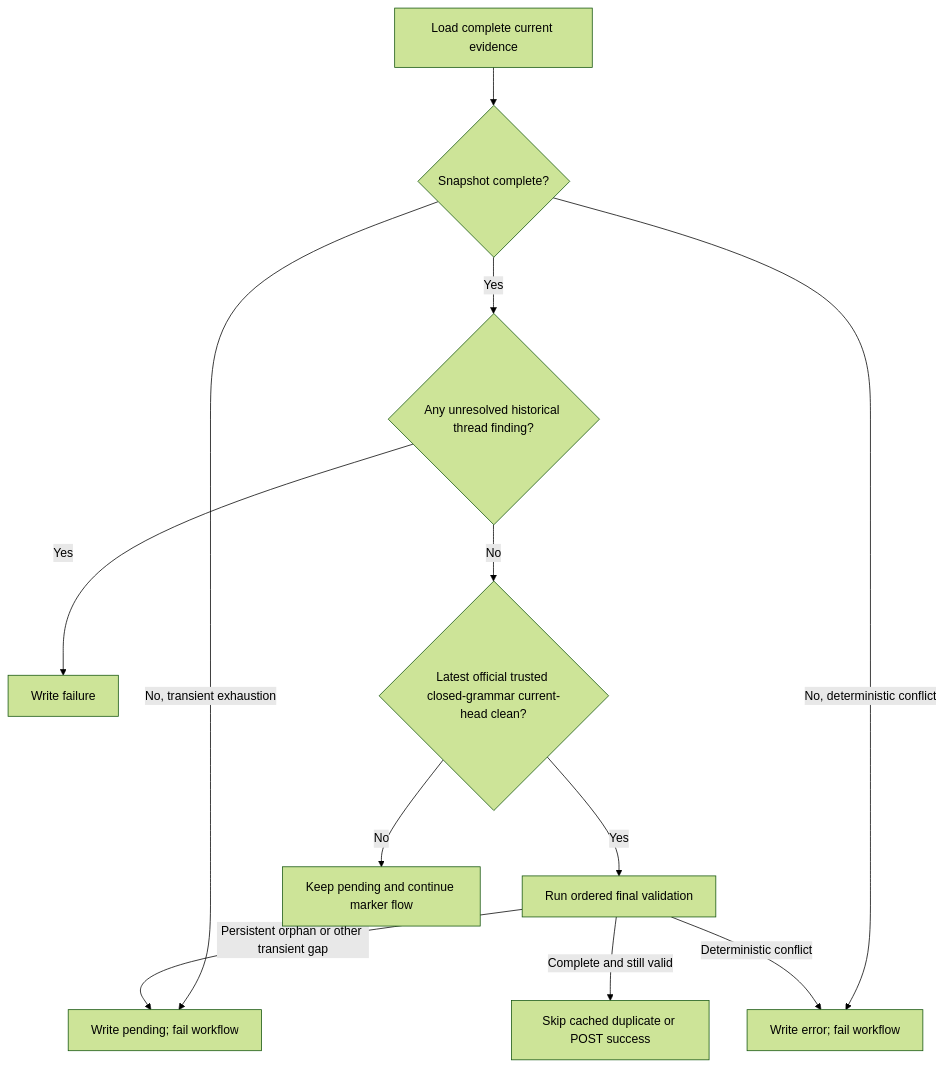
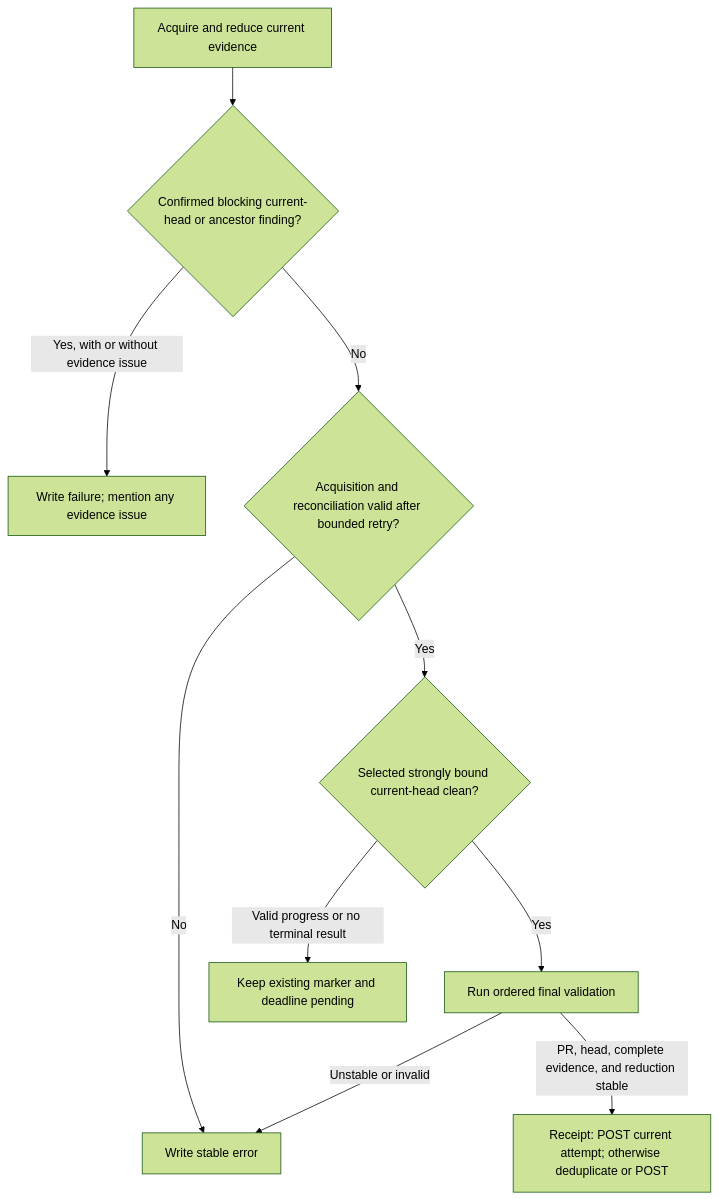
One commit to Joey-Tools/codex-review-gate changed the second of 3 diagrams in packages/action/DESIGN.md. Above: the diagram before and after it, drawn with Mermaid (forest theme). The commit also changed other lines of this file and 26 other files, not shown here.

````diff
--- a/packages/action/DESIGN.md
+++ b/packages/action/DESIGN.md
@@ -375,14 +567,12 @@
 ```mermaid
 flowchart TD
-  load["Load complete current evidence"] --> complete{"Snapshot complete?"}
-  complete -->|No, transient exhaustion| pendingError["Write pending; fail workflow"]
-  complete -->|No, deterministic conflict| hardError["Write error; fail workflow"]
-  complete -->|Yes| threads{"Any unresolved historical thread finding?"}
-  threads -->|Yes| failed["Write failure"]
-  threads -->|No| clean{"Latest official trusted closed-grammar current-head clean?"}
+  load["Acquire and reduce current evidence"] --> findings{"Confirmed blocking current-head or ancestor finding?"}
+  findings -->|Yes, with or without evidence issue| failed["Write failure; mention any evidence issue"]
+  findings -->|No| evidence{"Acquisition and reconciliation valid after bounded retry?"}
+  evidence -->|No| hardError["Write stable error"]
+  evidence -->|Yes| clean{"Selected strongly bound current-head clean?"}
   clean -->|Yes| final["Run ordered final validation"]
-  final -->|Complete and still valid| passed["Skip cached duplicate or POST success"]
-  final -->|Persistent orphan or other transient gap| pendingError
-  final -->|Deterministic conflict| hardError
-  clean -->|No| pending["Keep pending and continue marker flow"]
+  final -->|PR, head, complete evidence, and reduction stable| passed["Receipt: POST current attempt; otherwise deduplicate or POST"]
+  final -->|Unstable or invalid| hardError
+  clean -->|Valid progress or no terminal result| pending["Keep existing marker and deadline pending"]
 ```
````
